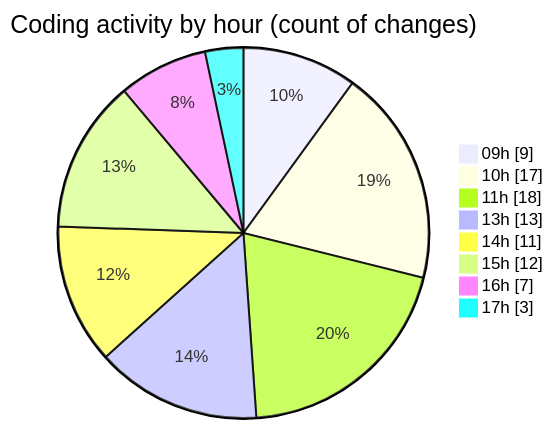
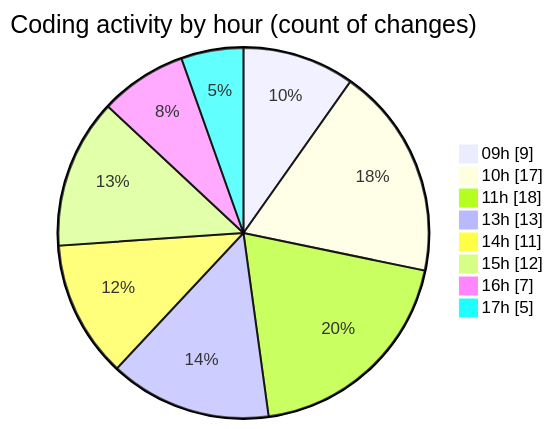
Before and after one commit to momahboobian/code-tracking: the second of 2 diagrams in 2025-05-08/cda/README.md, drawn with Mermaid. The commit also changed other lines of this file and 1 other file, not shown here.

````diff
--- a/2025-05-08/cda/README.md
+++ b/2025-05-08/cda/README.md
@@ -52,12 +53,12 @@
 ```mermaid
 pie showData
 title Coding activity by hour (count of changes)
 "09h" : 9
 "10h" : 17
 "11h" : 18
 "13h" : 13
 "14h" : 11
 "15h" : 12
 "16h" : 7
-"17h" : 3
+"17h" : 5
 ```
````
